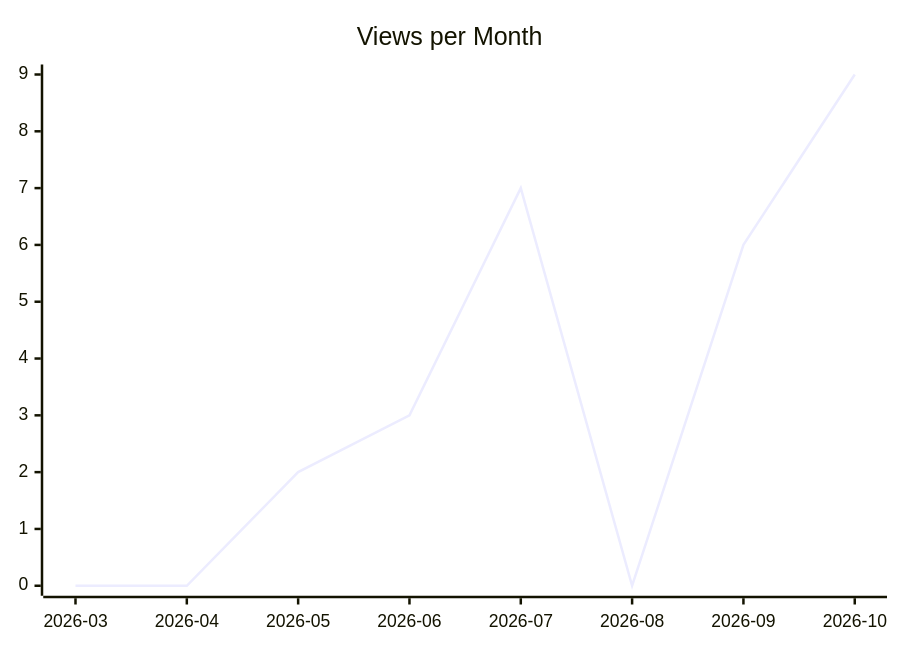
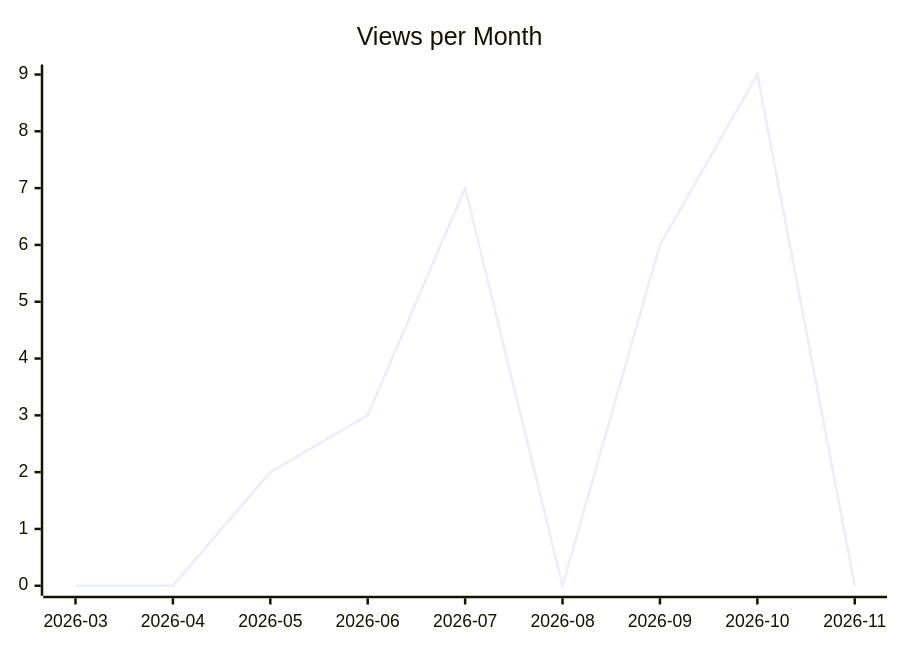
Before and after one commit to justdavis-family/github-analytics-data: the second of 3 diagrams in karlmdavis/justdavis-karl/README.md, drawn with Mermaid. The commit also changed other lines of this file and 201 other files, not shown here.

````diff
--- a/karlmdavis/justdavis-karl/README.md
+++ b/karlmdavis/justdavis-karl/README.md
@@ -12,6 +12,6 @@
 ```mermaid
 xychart-beta
   title "Views per Month"
-  x-axis ["2026-03", "2026-04", "2026-05", "2026-06", "2026-07", "2026-08", "2026-09", "2026-10"]
-  line [0, 0, 2, 3, 7, 0, 6, 9]
+  x-axis ["2026-03", "2026-04", "2026-05", "2026-06", "2026-07", "2026-08", "2026-09", "2026-10", "2026-11"]
+  line [0, 0, 2, 3, 7, 0, 6, 9, 0]
 ```
````
